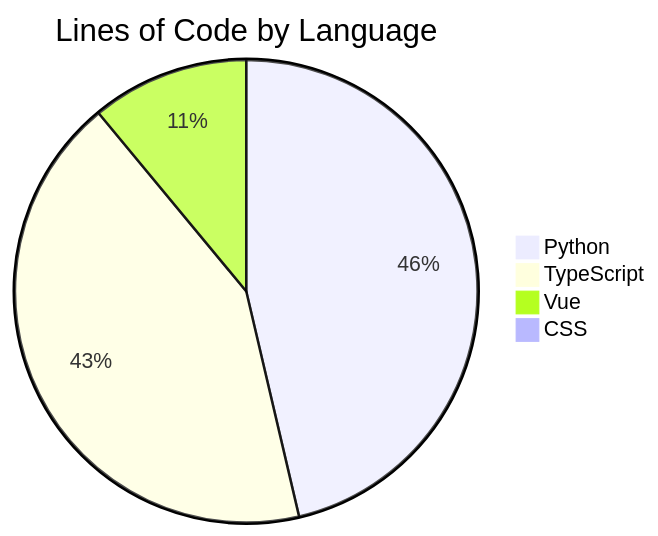
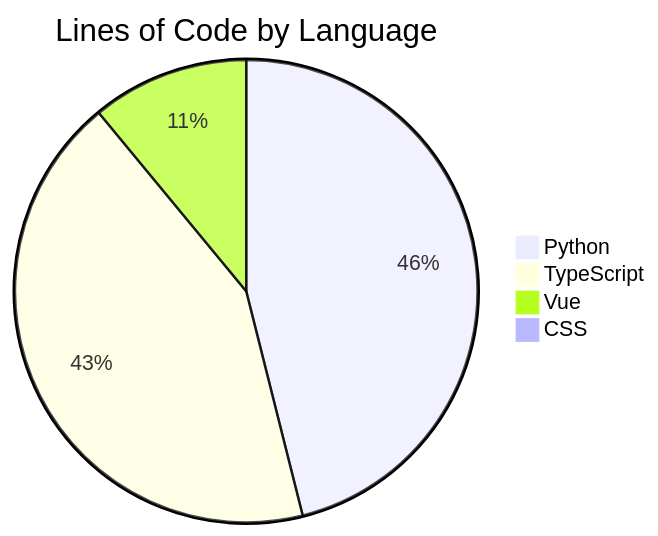
One commit to ISW-stack/AI3L-Community changed the diagram in README.md. Above: the diagram before and after it, drawn with Mermaid. The commit also changed other lines of this file and 1 other file, not shown here.

````diff
--- a/README.md
+++ b/README.md
@@ -247,7 +247,7 @@
 ```mermaid
 pie title Lines of Code by Language
-    "Python" : 83512
-    "TypeScript" : 76882
-    "Vue" : 19848
+    "Python" : 83645
+    "TypeScript" : 77946
+    "Vue" : 19951
     "CSS" : 109
 ```
````
